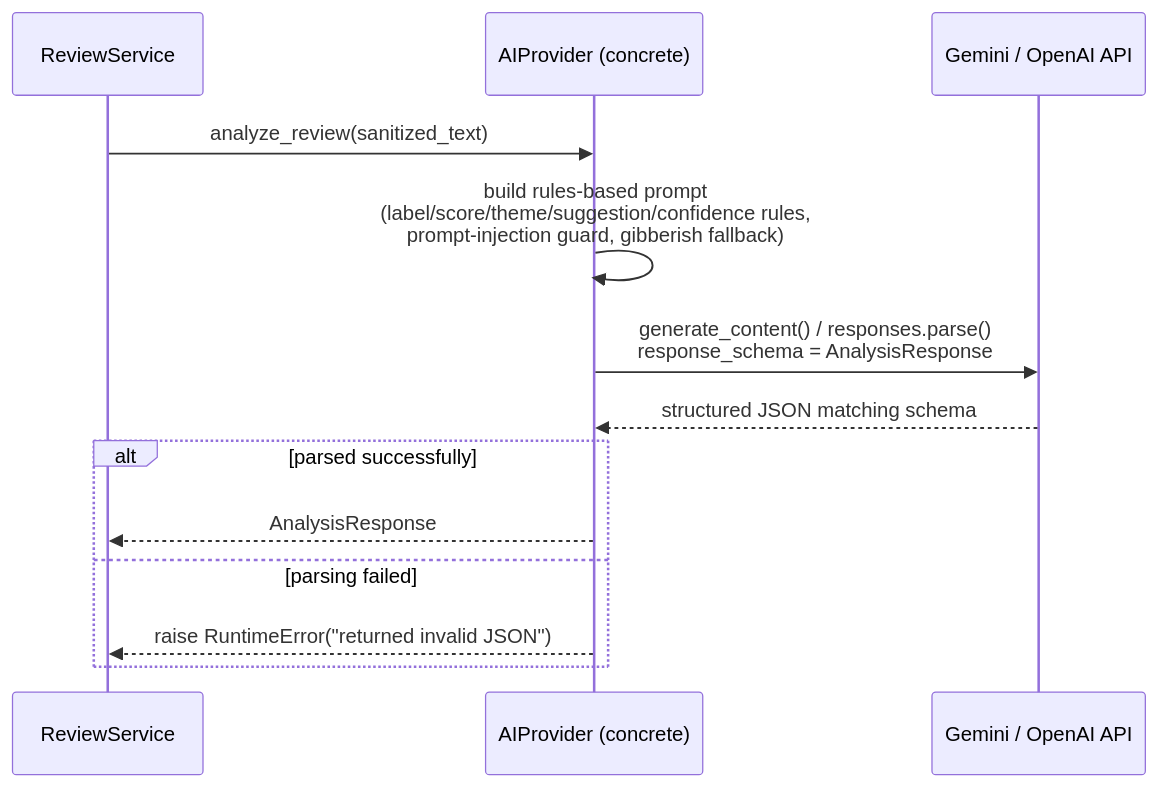
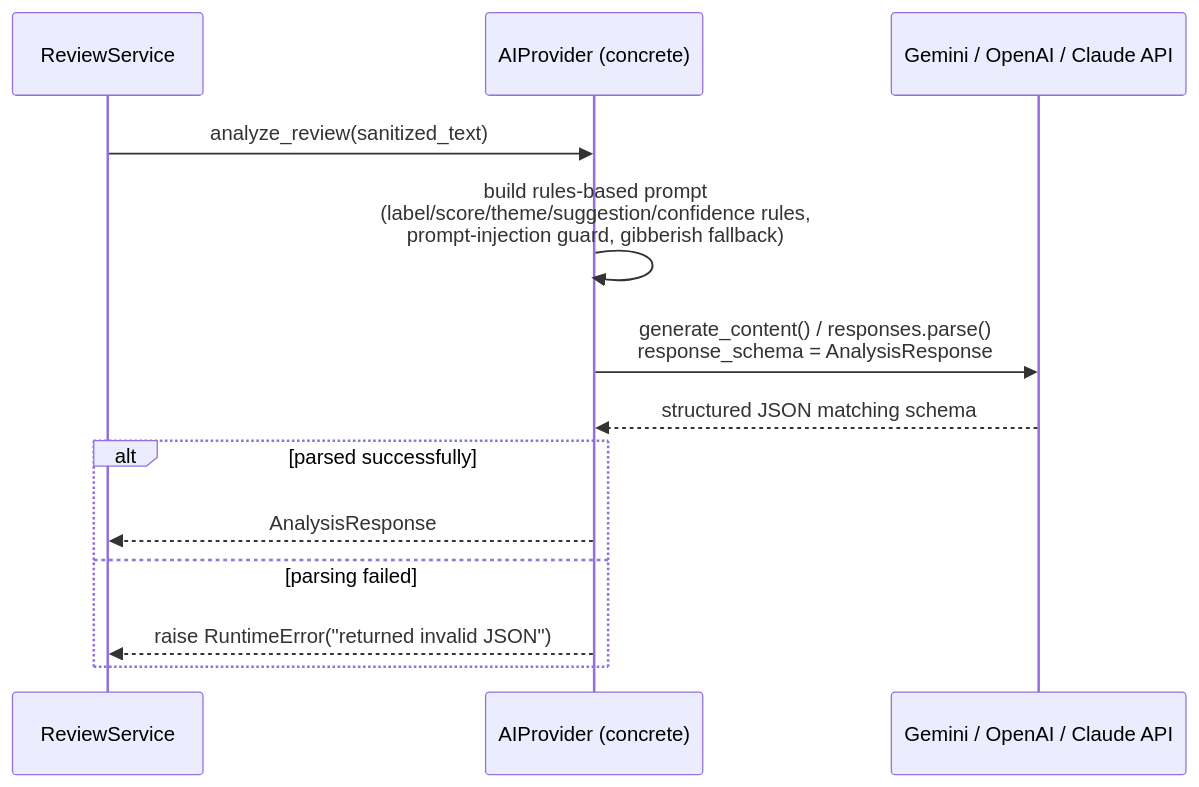
Before and after one commit to saurabhzaiswal/GenAI-Customer-Review-Analyzer: the fifth of 10 diagrams in docs/ARCHITECHTURE.md, drawn with Mermaid. The commit also changed other lines of this file and 37 other files, not shown here.

Commit message:
feat: optimize review analytics and enhance SEO, i18n, exports, and architecture

````diff
--- a/docs/ARCHITECHTURE.md
+++ b/docs/ARCHITECHTURE.md
@@ -106,16 +106,16 @@
 ```mermaid
 sequenceDiagram
     participant S as ReviewService
     participant P as AIProvider (concrete)
-    participant LLM as Gemini / OpenAI API
+    participant LLM as Gemini / OpenAI / Claude API
 
     S->>P: analyze_review(sanitized_text)
     P->>P: build rules-based prompt<br/>(label/score/theme/suggestion/confidence rules,<br/>prompt-injection guard, gibberish fallback)
     P->>LLM: generate_content() / responses.parse()<br/>response_schema = AnalysisResponse
     LLM-->>P: structured JSON matching schema
     alt parsed successfully
         P-->>S: AnalysisResponse
     else parsing failed
         P-->>S: raise RuntimeError("returned invalid JSON")
     end
 ```
````
